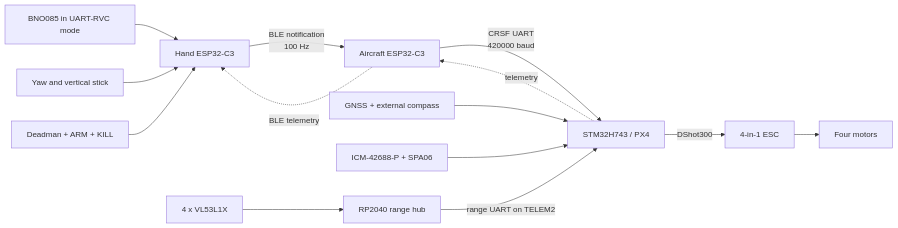
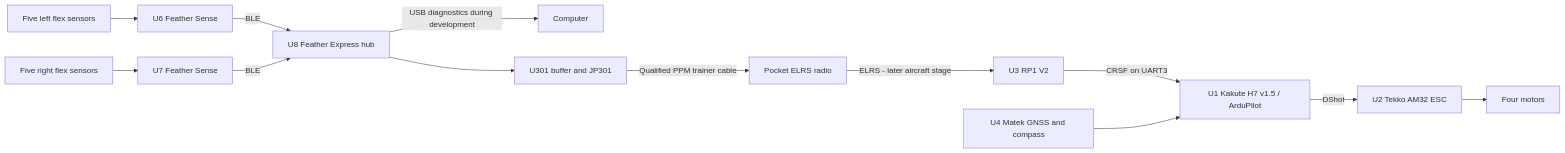
Before and after one commit to Samiurr10/gesture-controlled-drone: the diagram in docs/architecture.md, drawn with Mermaid. The commit also changed other lines of this file and 56 other files, not shown here.

Commit message:
docs: publish controller build package and Fall 2026 Gantt

````diff
--- a/docs/architecture.md
+++ b/docs/architecture.md
@@ -24,16 +19,15 @@
 ```mermaid
 flowchart LR
-    bno[BNO085 in UART-RVC mode] --> hand[Hand ESP32-C3]
-    stick[Yaw and vertical stick] --> hand
-    switches[Deadman + ARM + KILL] --> hand
-    hand -->|BLE notification\n100 Hz| gateway[Aircraft ESP32-C3]
-    gateway -->|CRSF UART\n420000 baud| h7[STM32H743 / PX4]
-    gps[GNSS + external compass] --> h7
-    imu[ICM-42688-P + SPA06] --> h7
-    tof[4 x VL53L1X] --> hub[RP2040 range hub]
-    hub -->|range UART on TELEM2| h7
-    h7 -->|DShot300| esc[4-in-1 ESC]
-    esc --> motors[Four motors]
-    h7 -. telemetry .-> gateway
-    gateway -. BLE telemetry .-> hand
+    LF[Five left flex sensors] --> L[U6 Feather Sense]
+    RF[Five right flex sensors] --> R[U7 Feather Sense]
+    L -->|BLE| H[U8 Feather Express hub]
+    R -->|BLE| H
+    H -->|USB diagnostics during development| PC[Computer]
+    H --> BUF[U301 buffer and JP301]
+    BUF -->|Qualified PPM trainer cable| P[Pocket ELRS radio]
+    P -->|ELRS - later aircraft stage| RX[U3 RP1 V2]
+    RX -->|CRSF on UART3| FC[U1 Kakute H7 v1.5 / ArduPilot]
+    GPS[U4 Matek GNSS and compass] --> FC
+    FC -->|DShot| ESC[U2 Tekko AM32 ESC]
+    ESC --> M[Four motors]
 ```
````
